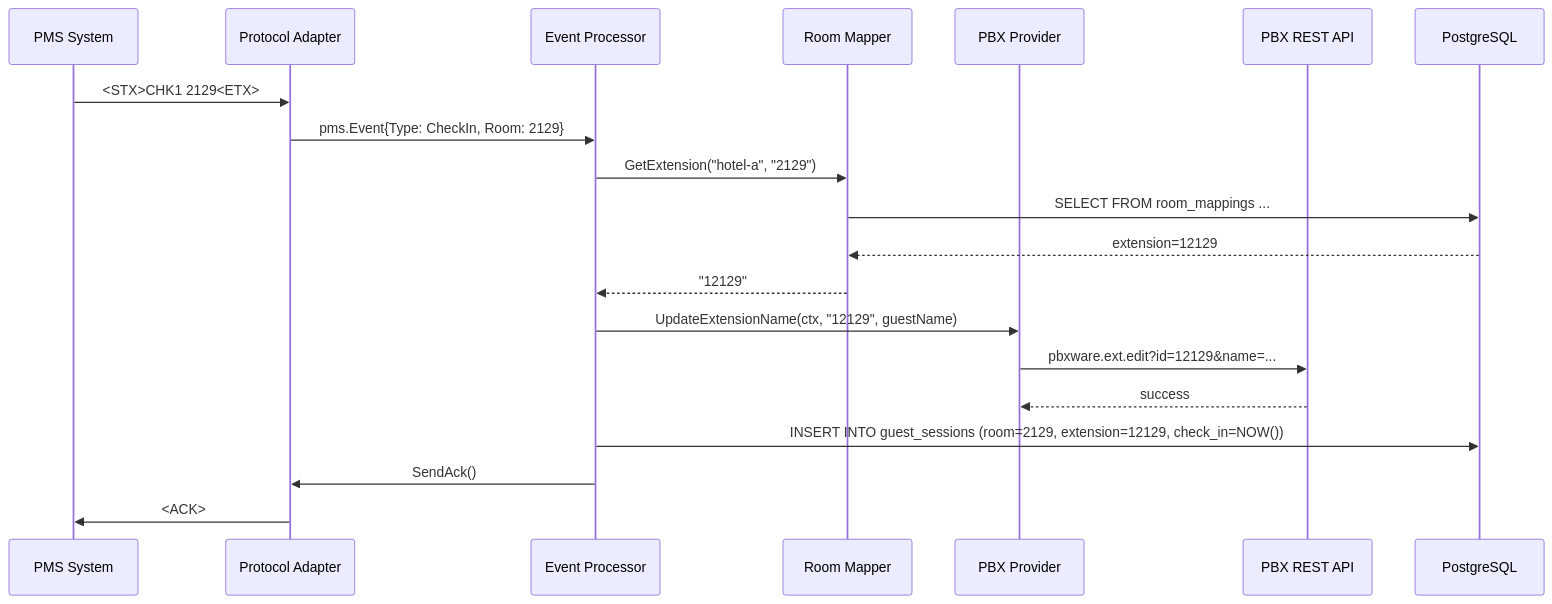
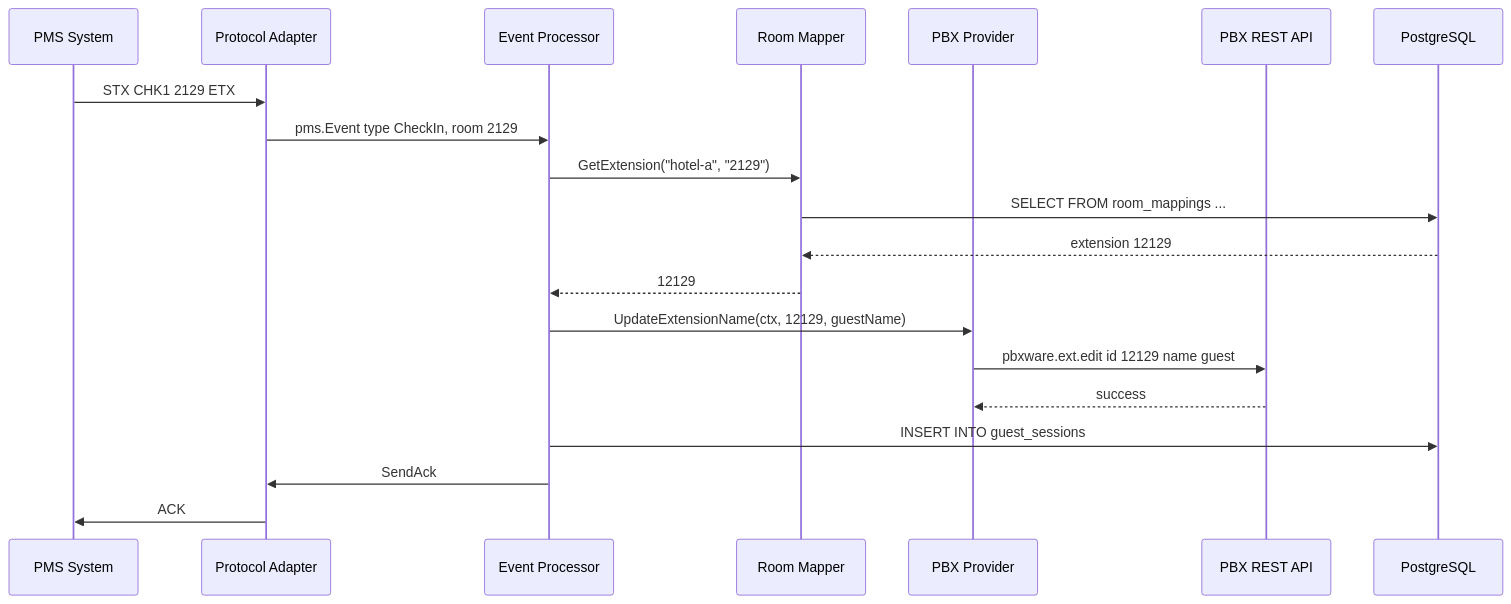
One commit to sagostin/pbx-hospitality changed the third of 8 diagrams in docs/architecture.md. Above: the diagram before and after it, drawn with Mermaid. The commit also changed other lines of this file and 4 other files, not shown here.

First line of the commit message:
docs(mermaid): fix all 28 mermaid diagrams to render reliably

````diff
--- a/docs/architecture.md
+++ b/docs/architecture.md
@@ -327,23 +327,23 @@
 ```mermaid
 sequenceDiagram
     participant PMS as PMS System
     participant Adapter as Protocol Adapter
     participant Processor as Event Processor
     participant Mapper as Room Mapper
     participant PBX as PBX Provider
     participant REST as PBX REST API
     participant DB as PostgreSQL
 
-    PMS->>Adapter: <STX>CHK1 2129<ETX>
-    Adapter->>Processor: pms.Event{Type: CheckIn, Room: 2129}
+    PMS->>Adapter: STX CHK1 2129 ETX
+    Adapter->>Processor: pms.Event type CheckIn, room 2129
     Processor->>Mapper: GetExtension("hotel-a", "2129")
     Mapper->>DB: SELECT FROM room_mappings ...
-    DB-->>Mapper: extension=12129
-    Mapper-->>Processor: "12129"
-    Processor->>PBX: UpdateExtensionName(ctx, "12129", guestName)
-    PBX->>REST: pbxware.ext.edit?id=12129&name=...
+    DB-->>Mapper: extension 12129
+    Mapper-->>Processor: 12129
+    Processor->>PBX: UpdateExtensionName(ctx, 12129, guestName)
+    PBX->>REST: pbxware.ext.edit id 12129 name guest
     REST-->>PBX: success
-    Processor->>DB: INSERT INTO guest_sessions (room=2129, extension=12129, check_in=NOW())
-    Processor->>Adapter: SendAck()
-    Adapter->>PMS: <ACK>
+    Processor->>DB: INSERT INTO guest_sessions
+    Processor->>Adapter: SendAck
+    Adapter->>PMS: ACK
 ```
````
